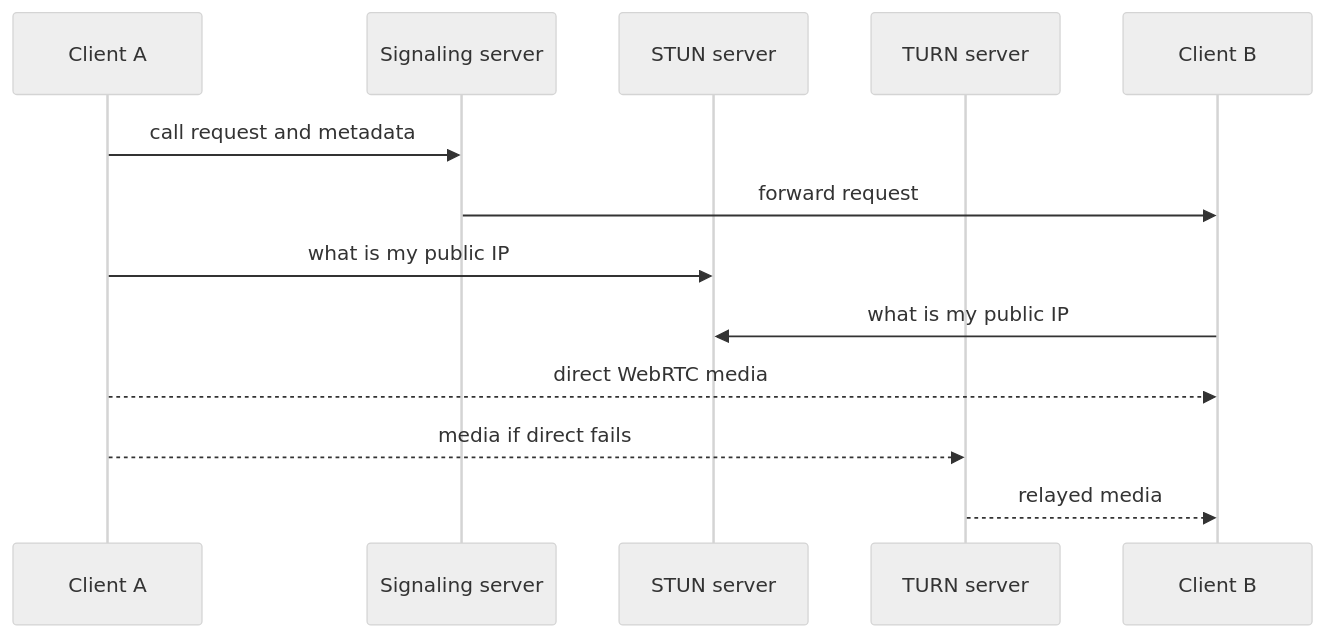
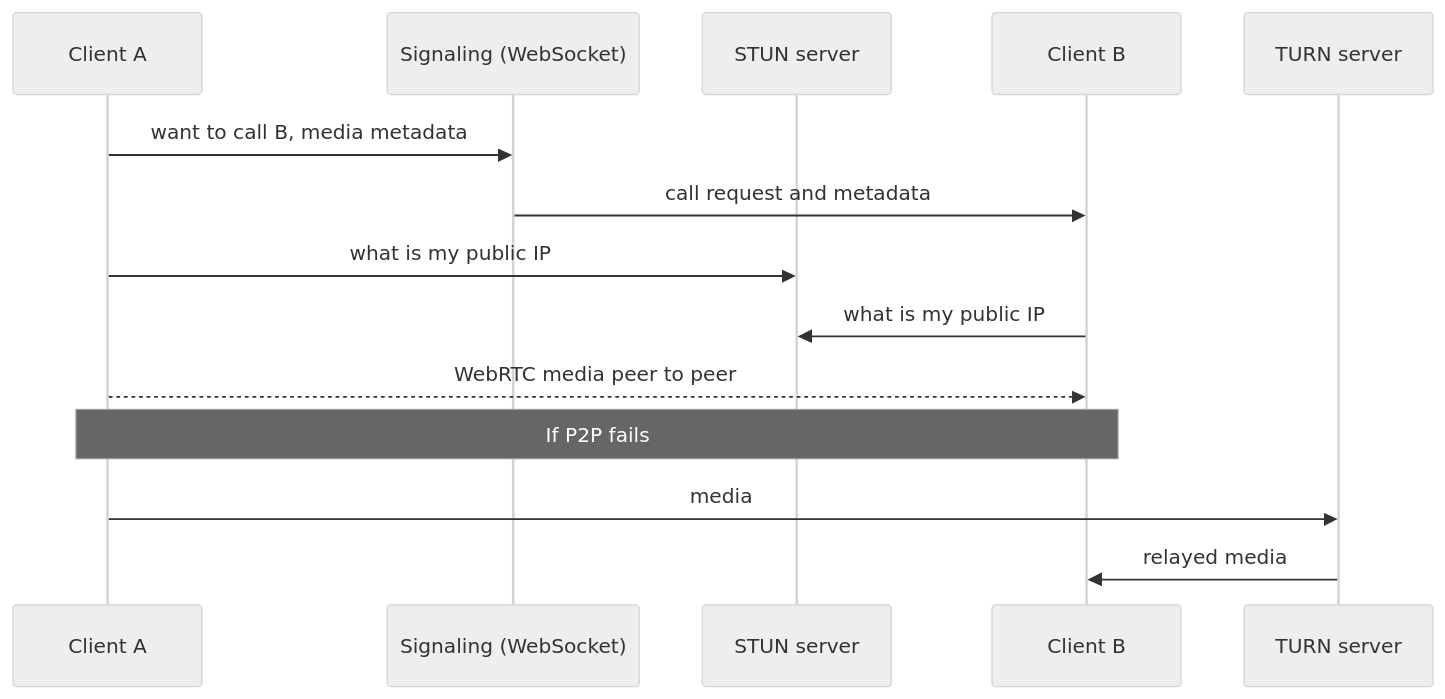
Before and after one commit to kaisarnajar/outcome-school-blogs: the first of 2 diagrams in notes/step-16b-supporting-reads/218-voice-and-video-call.md, drawn with Mermaid (neutral theme). The commit also changed other lines of this file and 233 other files, not shown here.

````diff
--- a/notes/step-16b-supporting-reads/218-voice-and-video-call.md
+++ b/notes/step-16b-supporting-reads/218-voice-and-video-call.md
@@ -24,15 +28,16 @@
 ```mermaid
 sequenceDiagram
-    participant A as Client A
-    participant S as Signaling server
-    participant T as STUN server
-    participant R as TURN server
-    participant B as Client B
-    A->>S: call request and metadata
-    S->>B: forward request
-    A->>T: what is my public IP
-    B->>T: what is my public IP
-    A-->>B: direct WebRTC media
-    A-->>R: media if direct fails
-    R-->>B: relayed media
+  participant A as Client A
+  participant SG as Signaling (WebSocket)
+  participant ST as STUN server
+  participant B as Client B
+  participant TR as TURN server
+  A->>SG: want to call B, media metadata
+  SG->>B: call request and metadata
+  A->>ST: what is my public IP
+  B->>ST: what is my public IP
+  A-->>B: WebRTC media peer to peer
+  Note over A,B: If P2P fails
+  A->>TR: media
+  TR->>B: relayed media
 ```
````
